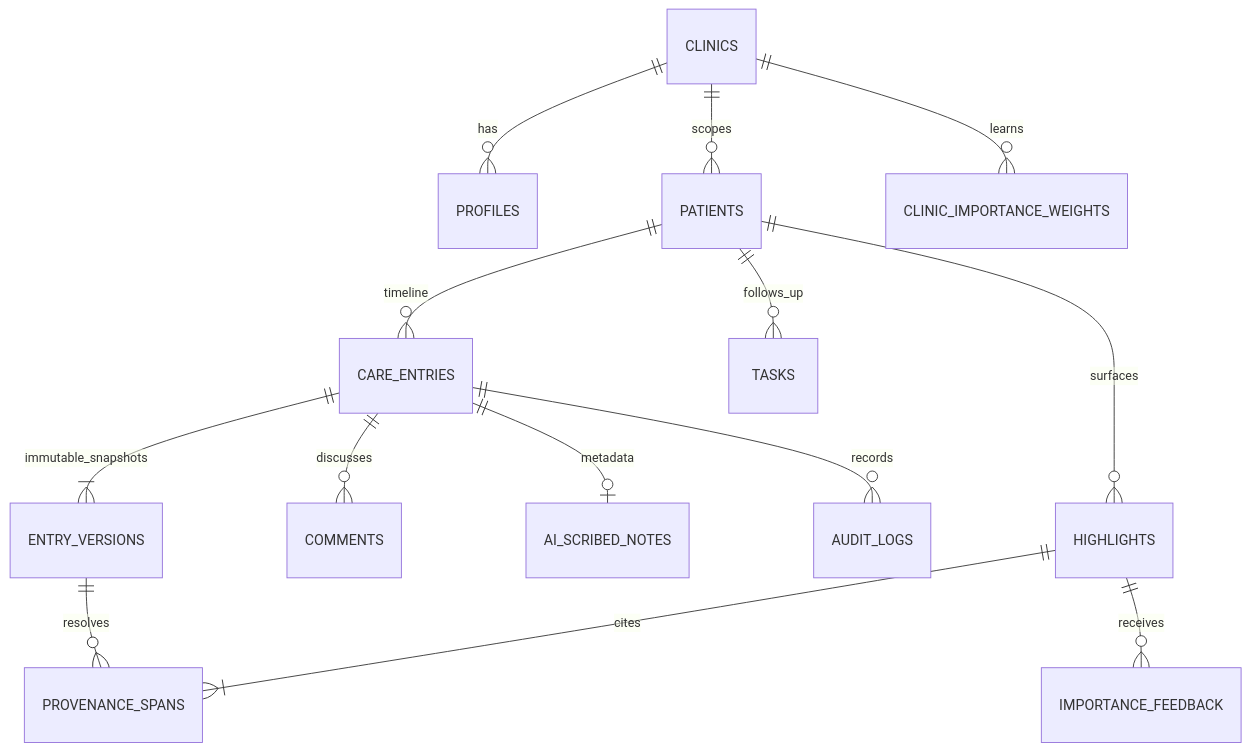
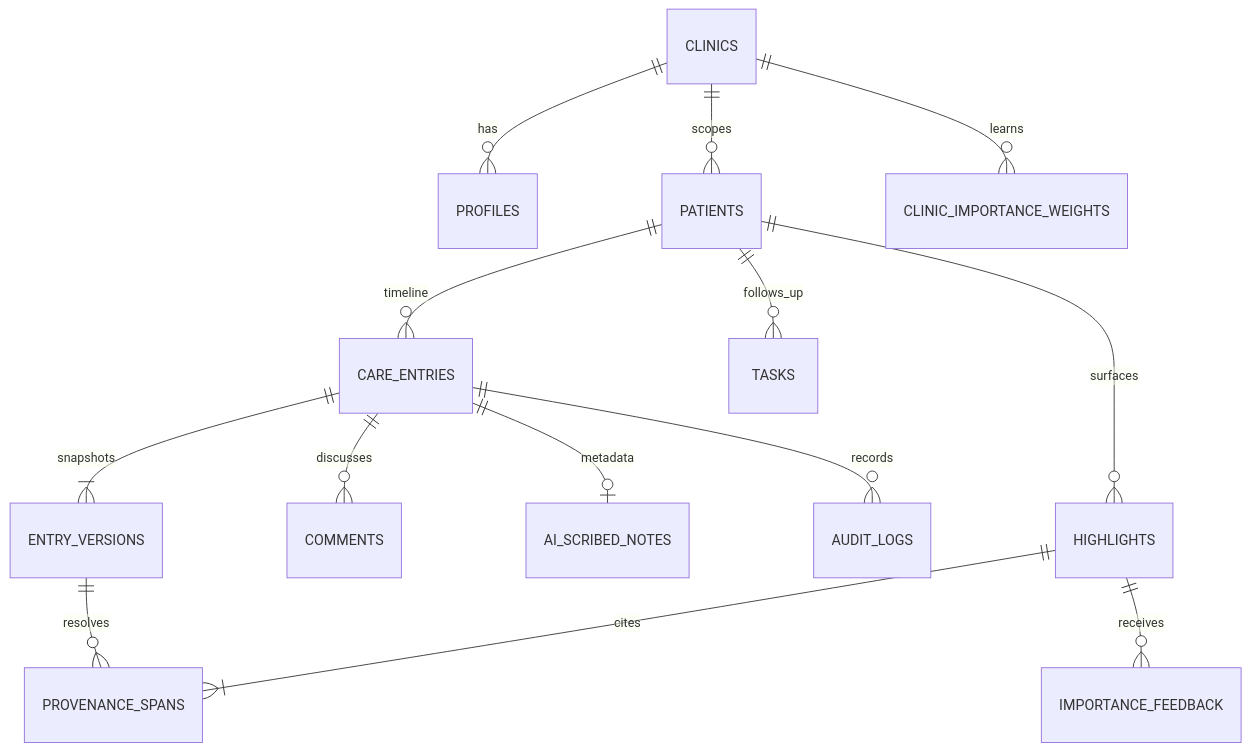
One commit to Alan22886/nightingale-care-note changed the second of 2 diagrams in docs/TECHNICAL_BRIEF.md. Above: the diagram before and after it, drawn with Mermaid. The commit also changed other lines of this file and 1 other file, not shown here.

````diff
--- a/docs/TECHNICAL_BRIEF.md
+++ b/docs/TECHNICAL_BRIEF.md
@@ -83,16 +94,16 @@
 ```mermaid
 erDiagram
   CLINICS ||--o{ PROFILES : has
   CLINICS ||--o{ PATIENTS : scopes
   PATIENTS ||--o{ CARE_ENTRIES : timeline
-  CARE_ENTRIES ||--|{ ENTRY_VERSIONS : immutable_snapshots
+  CARE_ENTRIES ||--|{ ENTRY_VERSIONS : snapshots
   CARE_ENTRIES ||--o{ COMMENTS : discusses
   PATIENTS ||--o{ TASKS : follows_up
   PATIENTS ||--o{ HIGHLIGHTS : surfaces
   HIGHLIGHTS ||--|{ PROVENANCE_SPANS : cites
   ENTRY_VERSIONS ||--o{ PROVENANCE_SPANS : resolves
   CARE_ENTRIES ||--o| AI_SCRIBED_NOTES : metadata
   HIGHLIGHTS ||--o{ IMPORTANCE_FEEDBACK : receives
   CLINICS ||--o{ CLINIC_IMPORTANCE_WEIGHTS : learns
   CARE_ENTRIES ||--o{ AUDIT_LOGS : records
 ```
````
